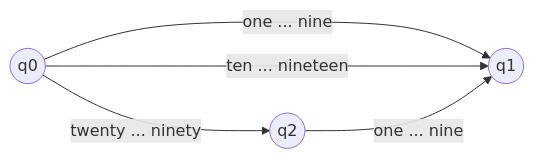
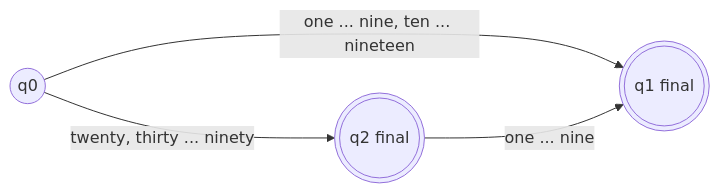
Before and after one commit to TrendySloth1001/sem-seven-notes: the third of 3 diagrams in content/natural-language-processing/pyq/2023-12-ce/q2a.mdx, drawn with Mermaid. The commit also changed other lines of this file and 406 other files, not shown here.

````diff
--- a/content/natural-language-processing/pyq/2023-12-ce/q2a.mdx
+++ b/content/natural-language-processing/pyq/2023-12-ce/q2a.mdx
@@ -35,8 +31,7 @@
 ```mermaid
-%% caption: Number FSA. Digits and teens finish at q1. A tens word reaches q2, which is final too and may add one digit to reach q1.
+%% caption: FSA for the number words 1 to 99. Units and teens are single words; a tens word may be followed by a unit.
 flowchart LR
-  S(("q0")) -- "one ... nine" --> A(("q1"))
-  S -- "ten ... nineteen" --> A
-  S -- "twenty ... ninety" --> B(("q2"))
-  B -- "one ... nine" --> A
+  S(("q0")) -- "one ... nine, ten ... nineteen" --> U((("q1 final")))
+  S -- "twenty, thirty ... ninety" --> T((("q2 final")))
+  T -- "one ... nine" --> U
 ```
````
